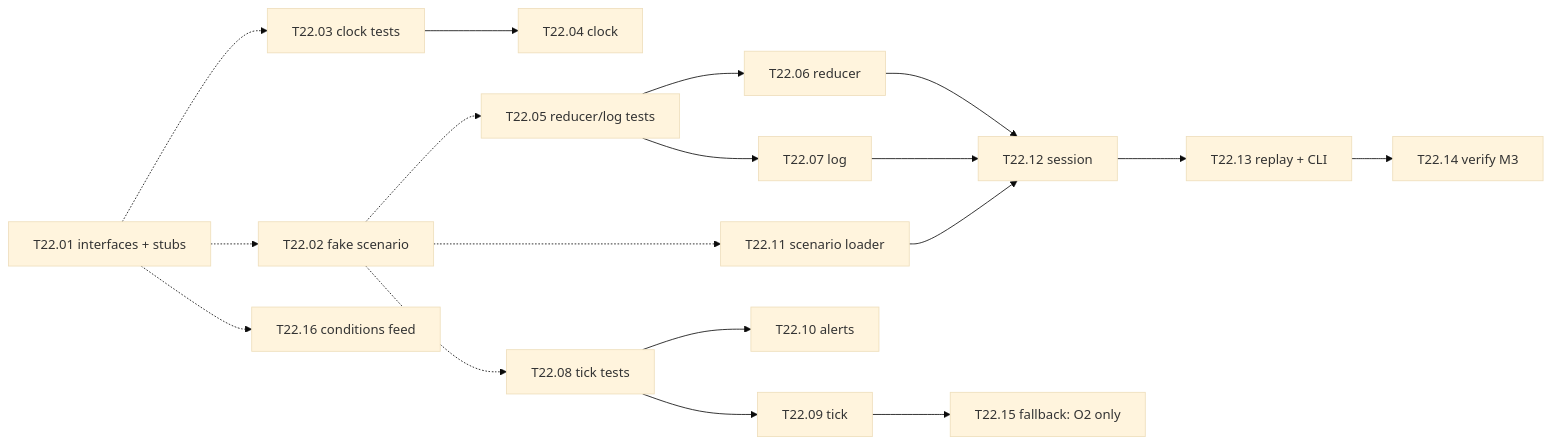
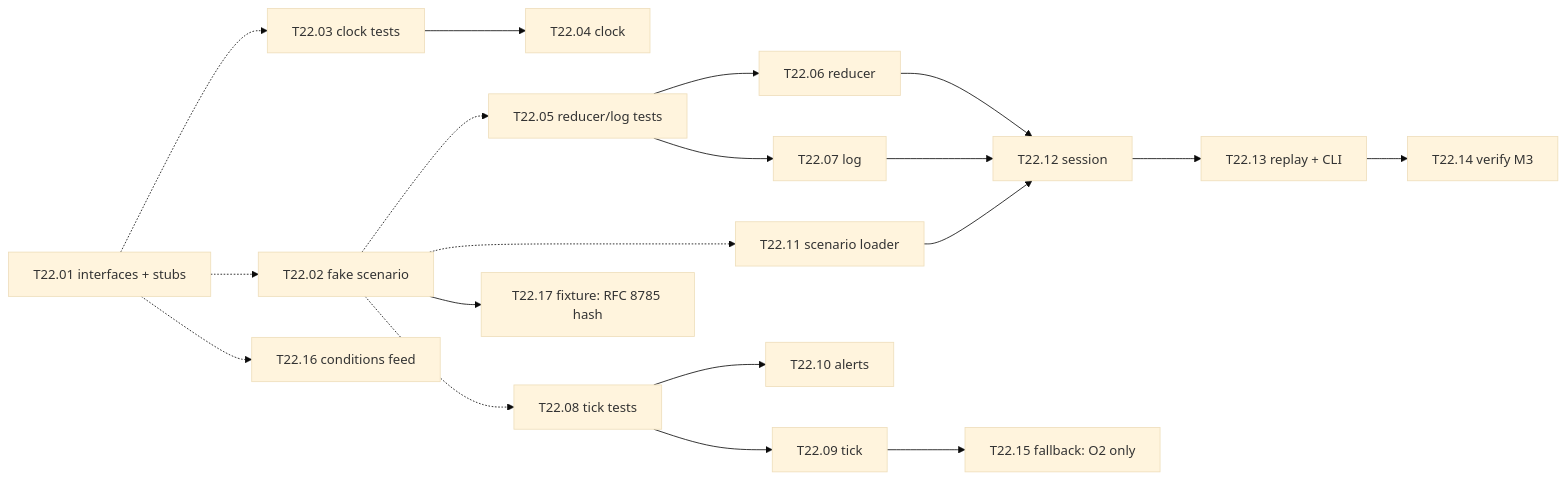
One commit to tashobi02/Gale-Surface-Ops changed the diagram in docs/tasks/TASK-22_simulation-engine.md. Above: the diagram before and after it, drawn with Mermaid (base theme). The commit also changed other lines of this file and 13 other files, not shown here.

````diff
--- a/docs/tasks/TASK-22_simulation-engine.md
+++ b/docs/tasks/TASK-22_simulation-engine.md
@@ -390,20 +411,21 @@
 ```mermaid
 flowchart LR
   T22_01["T22.01 interfaces + stubs"] -.-> T22_02["T22.02 fake scenario"]
   T22_01 -.-> T22_03["T22.03 clock tests"]
   T22_03 --> T22_04["T22.04 clock"]
   T22_02 -.-> T22_05["T22.05 reducer/log tests"]
   T22_05 --> T22_06["T22.06 reducer"]
   T22_05 --> T22_07["T22.07 log"]
   T22_02 -.-> T22_08["T22.08 tick tests"]
   T22_08 --> T22_09["T22.09 tick"]
   T22_08 --> T22_10["T22.10 alerts"]
   T22_02 -.-> T22_11["T22.11 scenario loader"]
   T22_06 --> T22_12["T22.12 session"]
   T22_07 --> T22_12
   T22_11 --> T22_12
   T22_12 --> T22_13["T22.13 replay + CLI"]
   T22_13 --> T22_14["T22.14 verify M3"]
   T22_09 --> T22_15["T22.15 fallback: O2 only"]
   T22_01 -.-> T22_16["T22.16 conditions feed"]
+  T22_02 --> T22_17["T22.17 fixture: RFC 8785 hash"]
 ```
````
